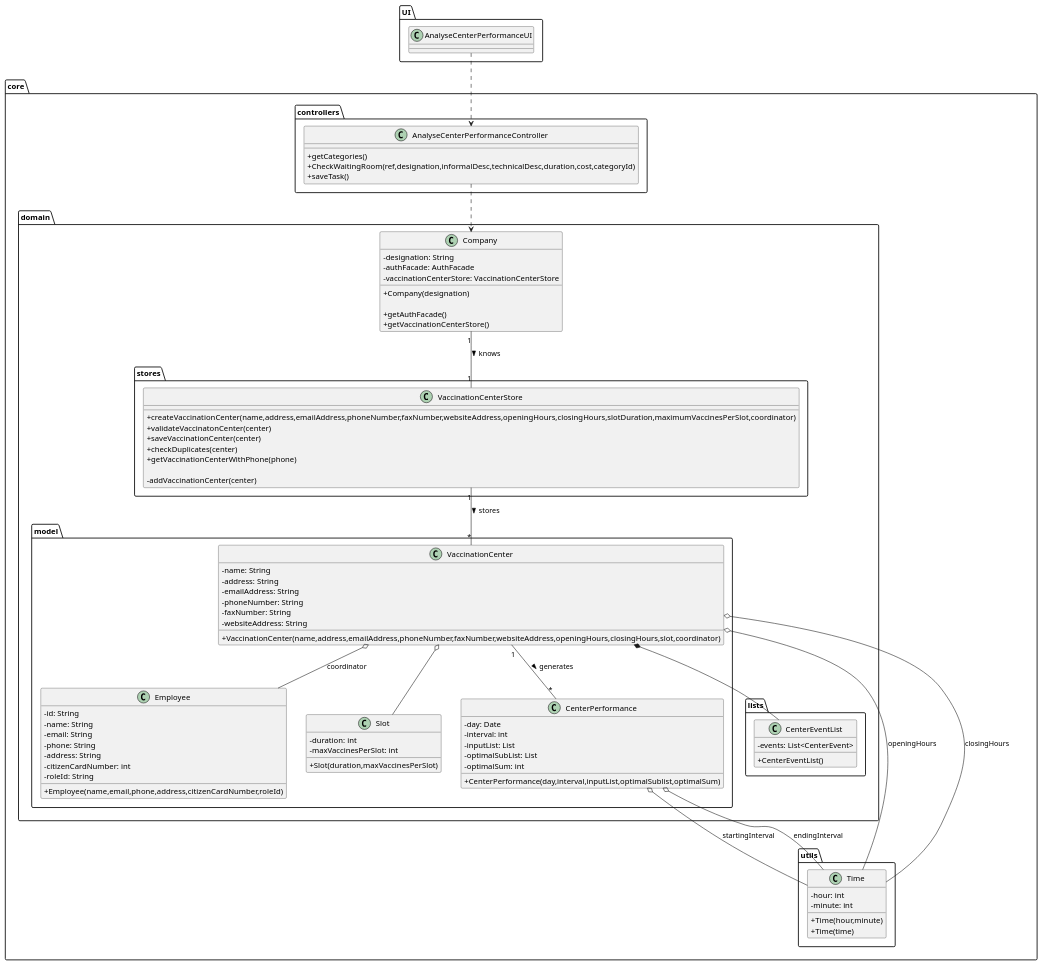
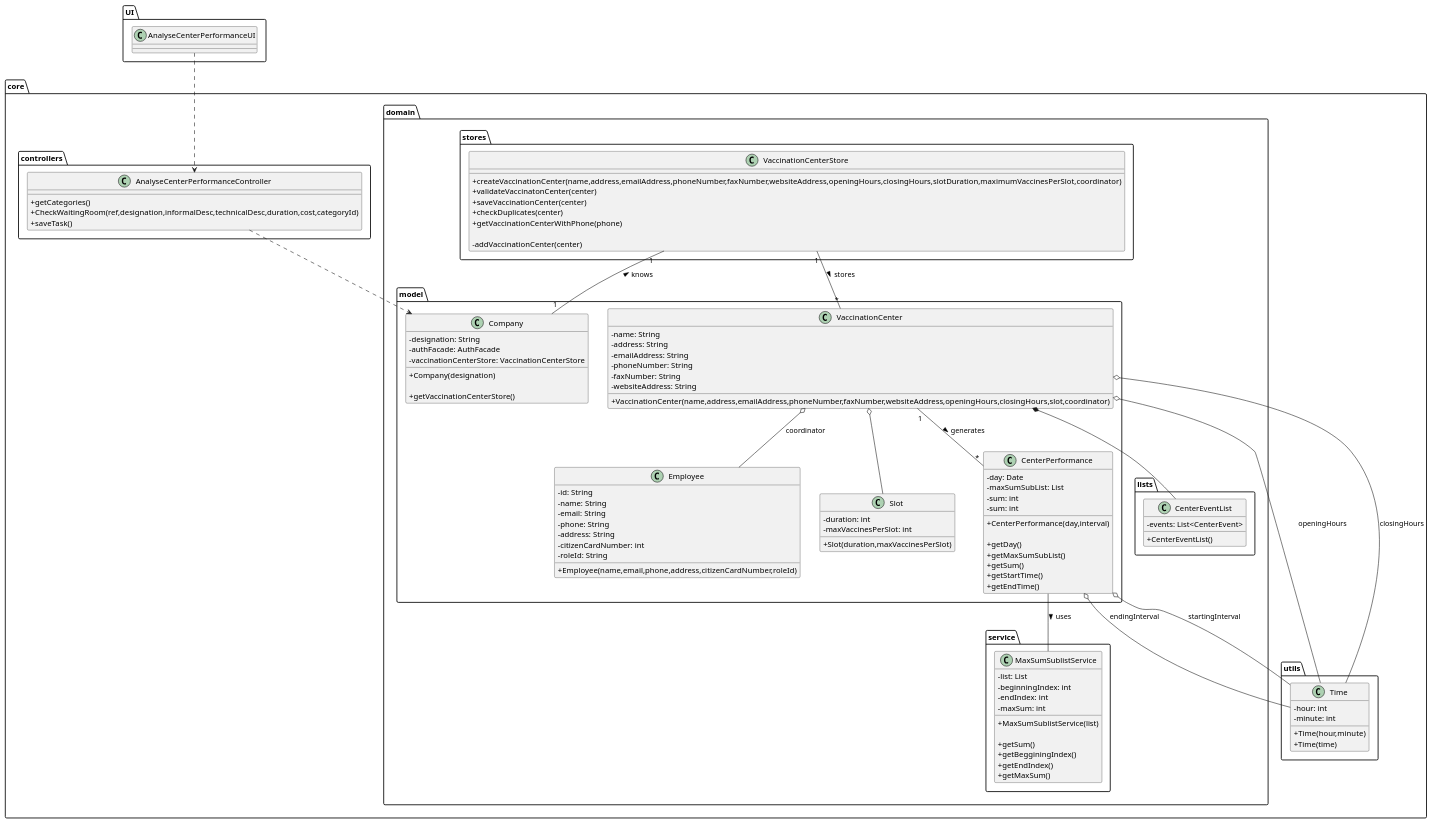
Before and after one commit to miseEnPlace-i/lapr2: the diagram in docs/SprintD/US16/CD/US16_CD.puml, drawn with PlantUML. The commit also changed 6 other files, not shown here.

```diff
--- a/docs/SprintD/US16/CD/US16_CD.puml
+++ b/docs/SprintD/US16/CD/US16_CD.puml
@@ -1,123 +1,143 @@
 @startuml
 skinparam classAttributeIconSize 0
 
 package UI {
   class AnalyseCenterPerformanceUI {}
 }
 
 package core {
   package domain {
     package stores {
       class VaccinationCenterStore {
         +createVaccinationCenter(name,address,emailAddress,phoneNumber,faxNumber,websiteAddress,openingHours,closingHours,slotDuration,maximumVaccinesPerSlot,coordinator)
         +validateVaccinatonCenter(center)
         +saveVaccinationCenter(center)
         +checkDuplicates(center)
         +getVaccinationCenterWithPhone(phone)
 
         -addVaccinationCenter(center)
       }
     }
 
     package lists {
       class CenterEventList {
         - events: List<CenterEvent>
 
         +CenterEventList()
       }
     }
 
     package model {
       class VaccinationCenter {
         - name: String
         - address: String
         - emailAddress: String
         - phoneNumber: String
         - faxNumber: String
         - websiteAddress: String
         
         +VaccinationCenter(name,address,emailAddress,phoneNumber,faxNumber,websiteAddress,openingHours,closingHours,slot,coordinator)
       }
 
       class Employee {
         -id: String 
         -name: String 
         -email: String 
         -phone: String 
         -address: String 
         -citizenCardNumber: int 
         -roleId: String 
 
         +Employee(name,email,phone,address,citizenCardNumber,roleId)
       }
 
       class Slot {
         -duration: int
         -maxVaccinesPerSlot: int
 
         +Slot(duration,maxVaccinesPerSlot)
       }
 
       class CenterPerformance {
         - day: Date
-        - interval: int
-        - inputList: List
-        - optimalSubList: List
-        - optimalSum: int
+        - maxSumSubList: List
+        - sum: int
+        - sum: int
 
-        +CenterPerformance(day,interval,inputList,optimalSublist,optimalSum)
+        +CenterPerformance(day,interval)
+
+        +getDay()
+        +getMaxSumSubList()
+        +getSum()
+        +getStartTime()
+        +getEndTime()
+      }
+
+      class Company {
+        -designation: String
+        -authFacade: AuthFacade
+        -vaccinationCenterStore: VaccinationCenterStore
+        
+        +Company(designation)
+
+        +getVaccinationCenterStore()
       }
     }
 
-    class Company {
-      -designation: String
-      -authFacade: AuthFacade
-      -vaccinationCenterStore: VaccinationCenterStore
-      
-      +Company(designation)
+    package service {
+      class MaxSumSublistService {
+        - list: List
+        - beginningIndex: int
+        - endIndex: int
+        - maxSum: int
 
-      +getAuthFacade()
-      +getVaccinationCenterStore()
+        +MaxSumSublistService(list)
+
+        +getSum()
+        +getBegginingIndex()
+        +getEndIndex()
+        +getMaxSum()
+      }
     }
-
-    
   }
 
   package controllers {
     class AnalyseCenterPerformanceController {
       +getCategories()
       +CheckWaitingRoom(ref,designation,informalDesc,technicalDesc,duration,cost,categoryId)
       +saveTask()
     }
   }
 
   package utils {
     class Time {
       - hour: int
       - minute: int
       
       +Time(hour,minute)
       +Time(time)
     }
   }
 }
 
 AnalyseCenterPerformanceUI ..> AnalyseCenterPerformanceController
 AnalyseCenterPerformanceController ..> Company
 
 VaccinationCenter o-- Employee : coordinator
 VaccinationCenter o-- Time : openingHours
 VaccinationCenter o-- Time : closingHours
 VaccinationCenter o-- Slot
 VaccinationCenter *-- CenterEventList
 
 VaccinationCenter "1" -- "*" CenterPerformance : generates >
 
 CenterPerformance o-- Time : startingInterval
 CenterPerformance o-- Time : endingInterval
 
+CenterPerformance -- MaxSumSublistService : uses >
+
 VaccinationCenterStore "1" -- "*" VaccinationCenter : stores >
 
 Company "1" -- "1" VaccinationCenterStore : knows >
 
 @enduml
```
